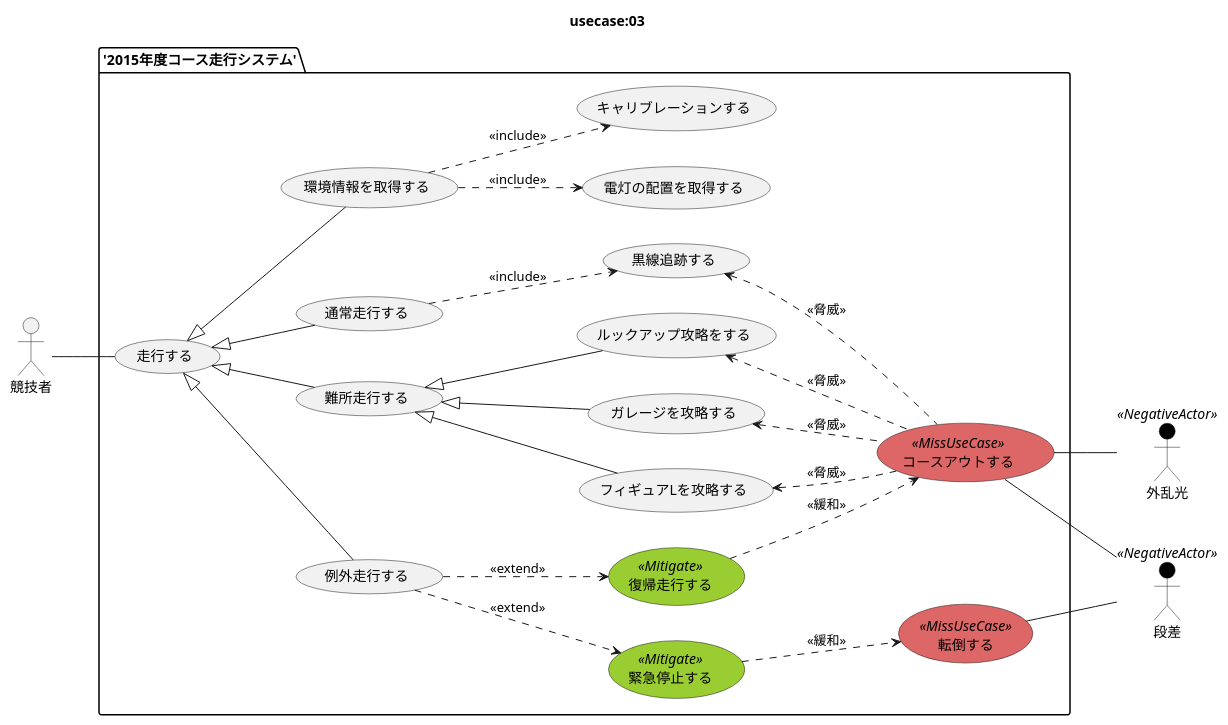
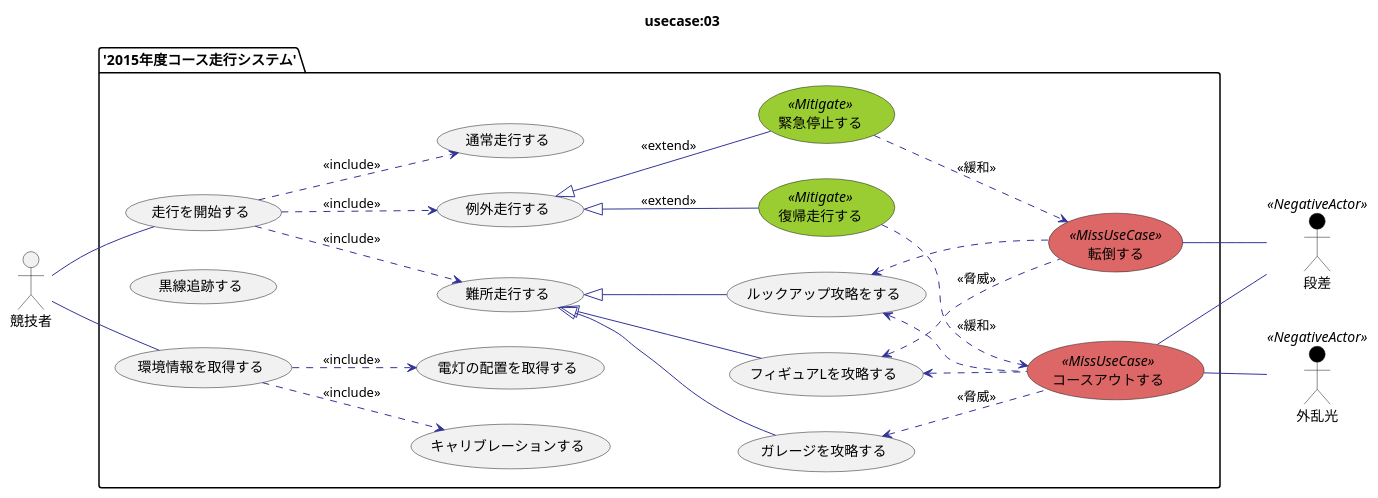
One commit to SLP-KBIT/ETR2015 changed the diagram in diagram/usecase/03/usecase.pu. Above: the diagram before and after it, drawn with PlantUML. The commit also changed 1 other file, not shown here.

Commit message:
(maxmellon:usecase:03) :art: update diagram

```diff
--- a/diagram/usecase/03/usecase.pu
+++ b/diagram/usecase/03/usecase.pu
@@ -1,78 +1,79 @@
 @startuml usecase.png
 
 title usecase:03 
 
 actor 競技者 as user
 
 left to right direction
 
 skinparam usecase {
   BackgroundColor<<MissUseCase>> #DD6666
   BackgroundColor<<Mitigate>> YellowGreen
+  ArrowColor #333399
 }
 
 skinparam actor {
   BackgroundColor<<NegativeActor>> Black
 }
 
 actor 外乱光 as noise <<NegativeActor>>
 actor 段差   as ramp  <<NegativeActor>>
 
 package '2015年度コース走行システム' {
 
-  usecase 走行する                as defalut
+  usecase 走行を開始する          as defalut
 
   usecase 通常走行する            as normal
   usecase 難所走行する            as different
   usecase 例外走行する            as exception
 
   usecase 黒線追跡する            as line
   usecase ガレージを攻略する      as grage
   usecase ルックアップ攻略をする  as lookup
   usecase フィギュアLを攻略する   as figureL
 
   usecase 復帰走行する            as return    <<Mitigate>>
   usecase 緊急停止する            as stop      <<Mitigate>>
 
   usecase コースアウトする        as courseout <<MissUseCase>>
   usecase 転倒する                as falling   <<MissUseCase>>
 
   usecase 環境情報を取得する      as getenv
 
   usecase 電灯の配置を取得する    as getlight
   usecase キャリブレーションする  as calb
 
   user -- defalut
+  user -- getenv
 
-  defalut <|-- normal
-  defalut <|-- different
-  defalut <|-- exception
-  defalut <|-- getenv
+  defalut ..> normal    : <<include>>
+  defalut ..> different : <<include>>
+  defalut ..> exception : <<include>>
 
-  normal ..> line    : <<include>>
+  grage   <.. courseout : <<脅威>>
+  figureL <.. courseout
+  lookup  <.. courseout
 
-  line    <.. courseout : <<脅威>>
-  grage   <.. courseout : <<脅威>>
-  lookup  <.. courseout : <<脅威>>
-  figureL <.. courseout : <<脅威>>
+  figureL <.. falling : <<脅威>>
+  lookup  <.. falling
 
   different <|-- grage
   different <|-- lookup
   different <|-- figureL
 
-  exception ..> return : <<extend>>
-  exception ..> stop   : <<extend>>
+  exception <|-- return : <<extend>>
+  exception <|-- stop   : <<extend>>
 
   getenv ..> getlight  : <<include>>
   getenv ..> calb      : <<include>>
-
-  return ..> courseout : <<緩和>>
-  stop   ..> falling   : <<緩和>>
 
   courseout -- noise
   courseout -- ramp
   falling   -- ramp
 
+  stop   ..>  falling   : <<緩和>>
+  return ..>  courseout : <<緩和>>
+
 }
 
 @enduml
```
